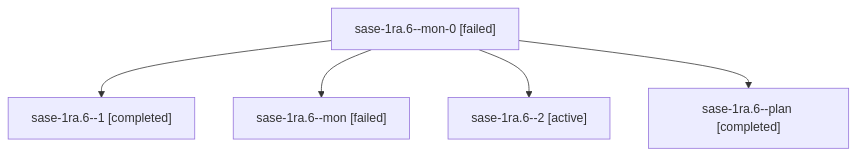
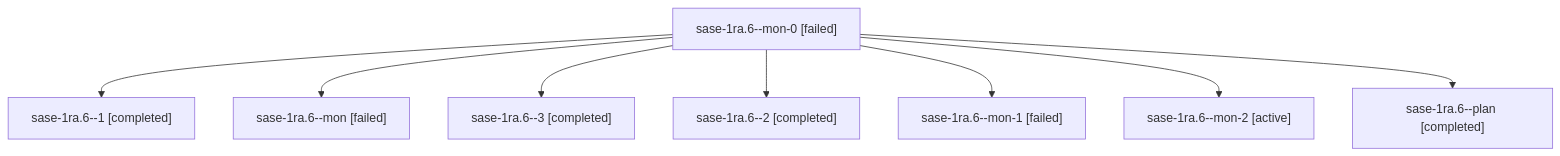
Before and after one commit to sase-org/sase--agents: the diagram in sessions/bbugyi200.athena.sase-1ra.6.md, drawn with Mermaid. The commit also changed other lines of this file and 115 other files, not shown here.

````diff
--- a/sessions/bbugyi200.athena.sase-1ra.6.md
+++ b/sessions/bbugyi200.athena.sase-1ra.6.md
@@ -9,12 +9,18 @@
 ```mermaid
 flowchart TD
   n0["sase-1ra.6--mon-0 [failed]"]
   n1["sase-1ra.6--1 [completed]"]
   n0 --> n1
   n2["sase-1ra.6--mon [failed]"]
   n0 --> n2
-  n3["sase-1ra.6--2 [active]"]
+  n3["sase-1ra.6--3 [completed]"]
   n0 --> n3
-  n4["sase-1ra.6--plan [completed]"]
+  n4["sase-1ra.6--2 [completed]"]
   n0 --> n4
+  n5["sase-1ra.6--mon-1 [failed]"]
+  n0 --> n5
+  n6["sase-1ra.6--mon-2 [active]"]
+  n0 --> n6
+  n7["sase-1ra.6--plan [completed]"]
+  n0 --> n7
 ```
````
